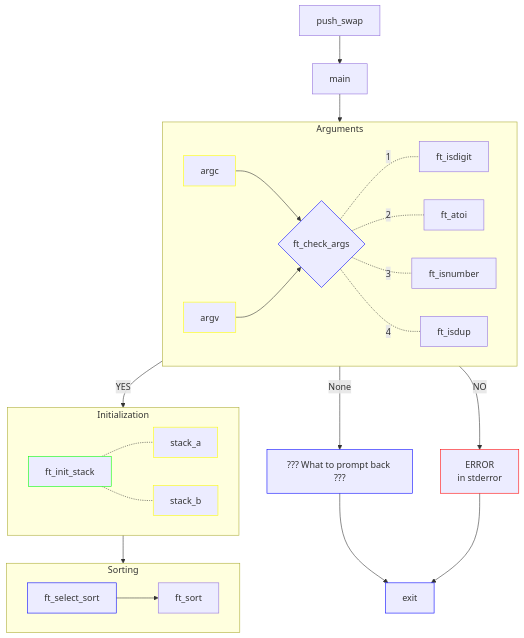
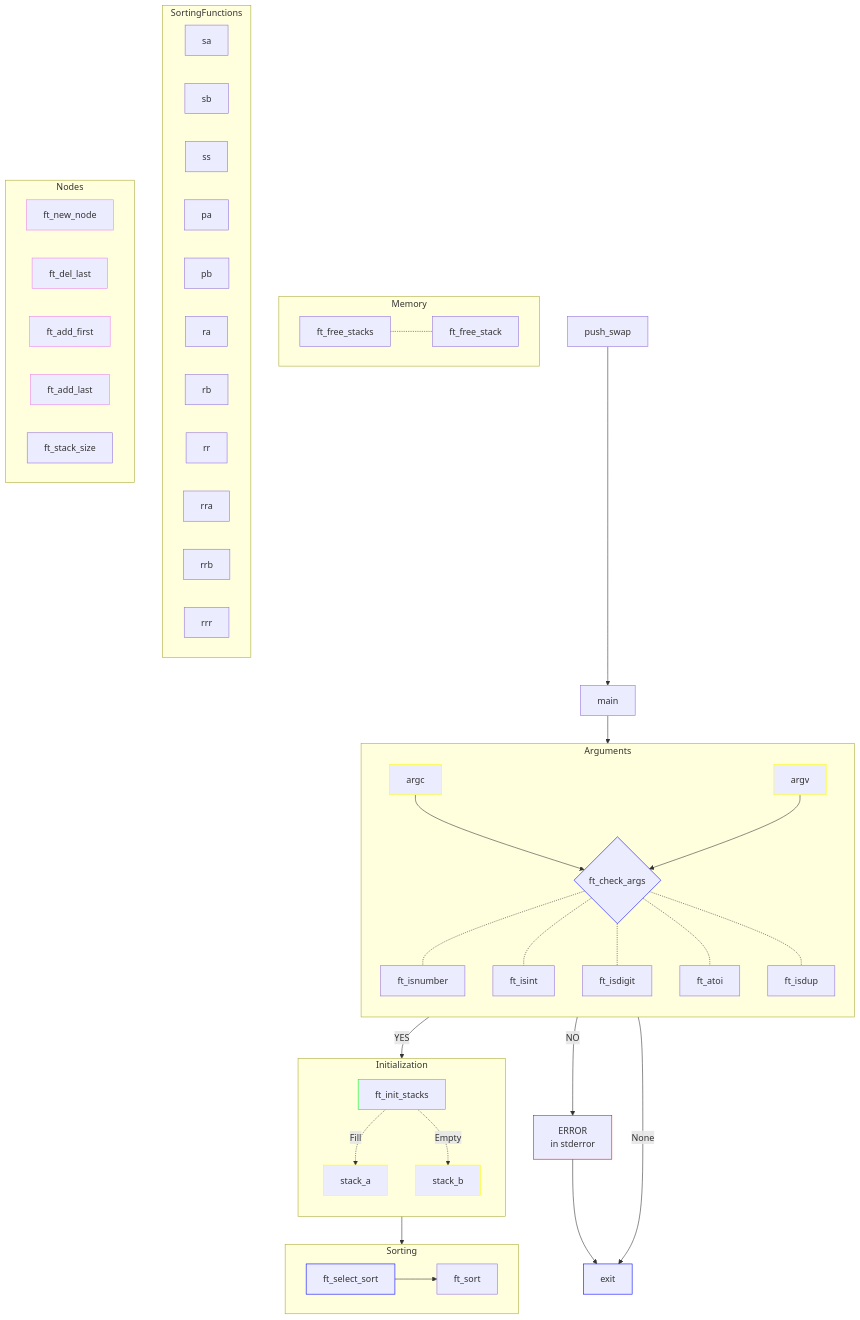
One commit to Tablerase/42_Projects changed the first of 2 diagrams in Push_swap/README.md. Above: the diagram before and after it, drawn with Mermaid. The commit also changed other lines of this file and 2 other files, not shown here.

Commit message:
update to readme

````diff
--- a/Push_swap/README.md
+++ b/Push_swap/README.md
@@ -89,40 +89,67 @@
 ```mermaid
-flowchart TD
+flowchart
   classDef valid stroke:#0f0
   classDef invalid stroke:#f00
   classDef neutral stroke:#00f
   classDef data stroke:#ff0
+  classDef nodes stroke:#ee82ee
   A[push_swap] --> B[main]
   B --> Arguments
 
   subgraph Arguments
+    direction TB
     argc:::data --> C
     argv:::data --> C
     C{ft_check_args}:::neutral
-    C -.- |1|D[ft_isdigit]
-    C -.- |2|E[ft_atoi]
-    C -.- |3|F[ft_isnumber]
-    C -.- |4|I[ft_isdup]
+    C -.- ft_isnumber
+    C -.- ft_isint
+    C -.- ft_isdigit
+    C -.- ft_atoi
+    C -.- ft_isdup
   end
 
   Arguments --> |YES| Initialization
   Arguments --> |NO| error["ERROR\n" in stderror]:::invalid
-  Arguments --> |None| NoParameters[??? What to prompt back ???]:::neutral
-  NoParameters --> exit:::neutral
+  Arguments --> |None| exit:::neutral
   error --> exit
   
   subgraph Initialization
-    G[ft_init_stack]:::valid
-    G -.- stack_a:::data
-    G -.- stack_b:::data
+    direction TB
+    G[ft_init_stacks]:::valid
+    G -.-> |Fill|stack_a:::data
+    G -.-> |Empty|stack_b:::data
   end
 
   subgraph Sorting
     J[ft_select_sort]:::neutral --> K[ft_sort]
   end
 
-  
+  subgraph Memory
+    ft_free_stacks
+    ft_free_stacks -.- ft_free_stack
+  end
 
   Initialization --> Sorting
 
+  subgraph SortingFunctions
+    sa
+    sb
+    ss
+    pa
+    pb
+    ra
+    rb
+    rr
+    rra
+    rrb
+    rrr
+  end
+
+  subgraph Nodes
+    ft_new_node:::nodes
+    ft_del_last:::nodes
+    ft_add_first:::nodes
+    ft_add_last:::nodes
+    ft_stack_size
+  end
 ```
````
